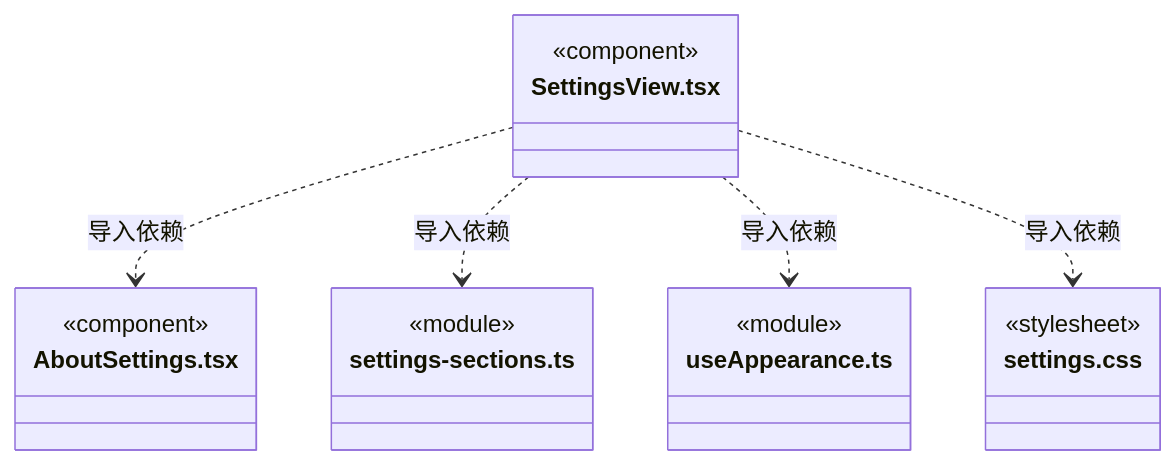
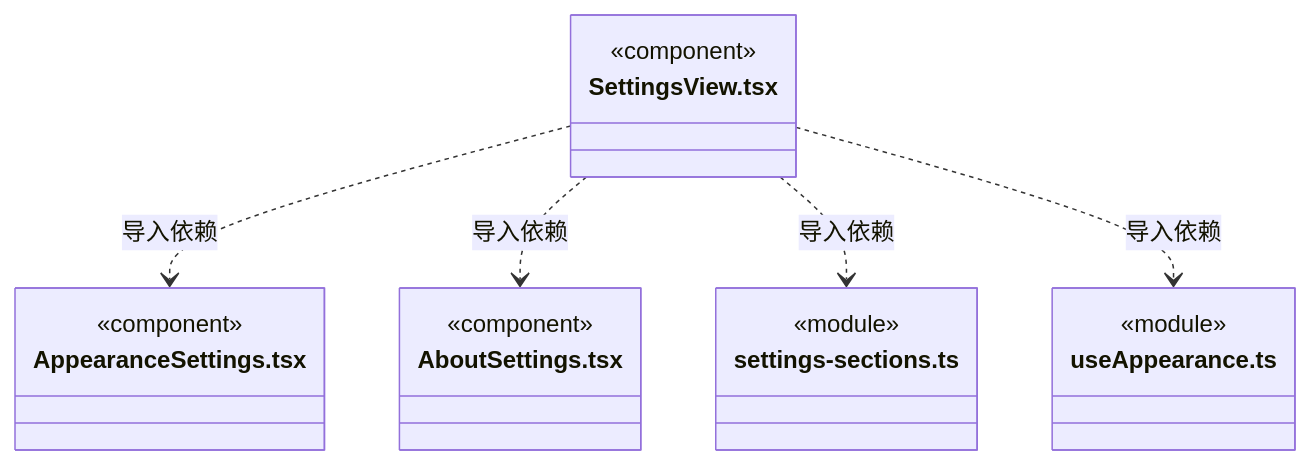
Before and after one commit to nan023062/cbim: diagram 32 of 34 in src/view/settings/ARCHITECTURE.md, drawn with Mermaid. The commit also changed other lines of this file and 8 other files, not shown here.

````diff
--- a/src/view/settings/ARCHITECTURE.md
+++ b/src/view/settings/ARCHITECTURE.md
@@ -498,22 +514,22 @@
 ```mermaid
 classDiagram
 class N_src_view_settings_SettingsView_tsx["SettingsView.tsx"] {
+  <<component>>
+}
+class N_src_view_settings_AppearanceSettings_tsx["AppearanceSettings.tsx"] {
   <<component>>
 }
 class N_src_view_settings_AboutSettings_tsx["AboutSettings.tsx"] {
   <<component>>
 }
 class N_src_view_settings_settings_sections_ts["settings-sections.ts"] {
   <<module>>
 }
 class N_src_view_settings_useAppearance_ts["useAppearance.ts"] {
   <<module>>
 }
-class N_src_view_settings_settings_css["settings.css"] {
-  <<stylesheet>>
-}
+N_src_view_settings_SettingsView_tsx ..> N_src_view_settings_AppearanceSettings_tsx : 导入依赖
 N_src_view_settings_SettingsView_tsx ..> N_src_view_settings_AboutSettings_tsx : 导入依赖
 N_src_view_settings_SettingsView_tsx ..> N_src_view_settings_settings_sections_ts : 导入依赖
 N_src_view_settings_SettingsView_tsx ..> N_src_view_settings_useAppearance_ts : 导入依赖
-N_src_view_settings_SettingsView_tsx ..> N_src_view_settings_settings_css : 导入依赖
 ```
````
